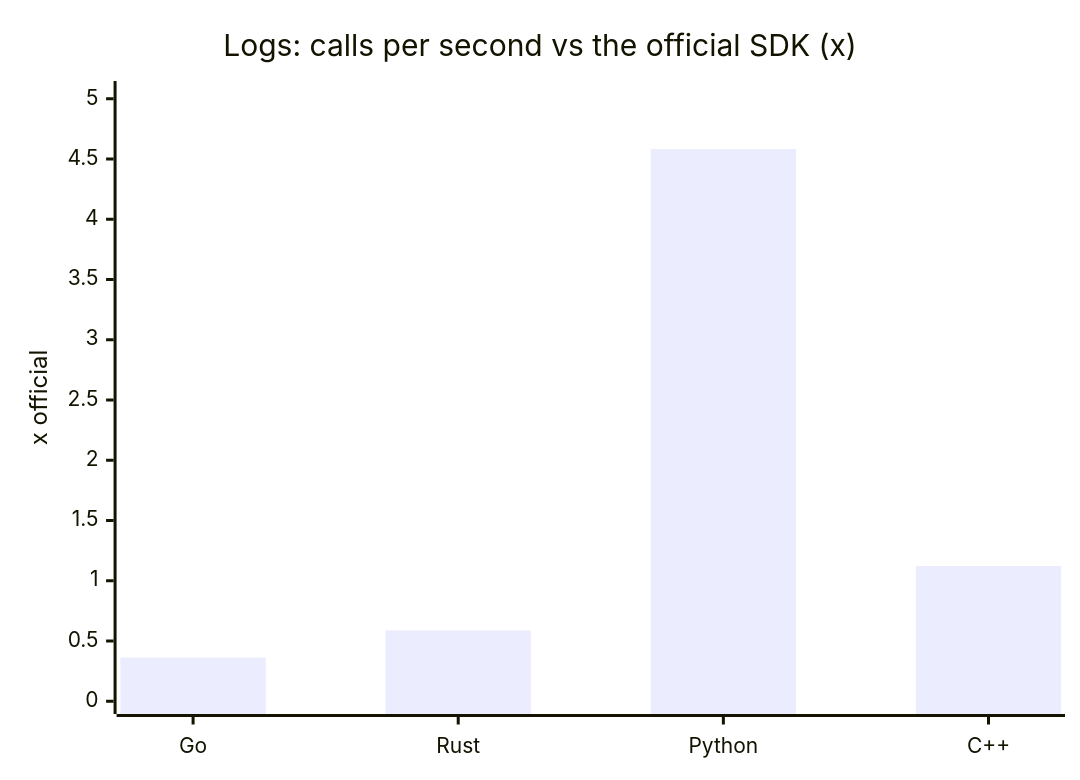
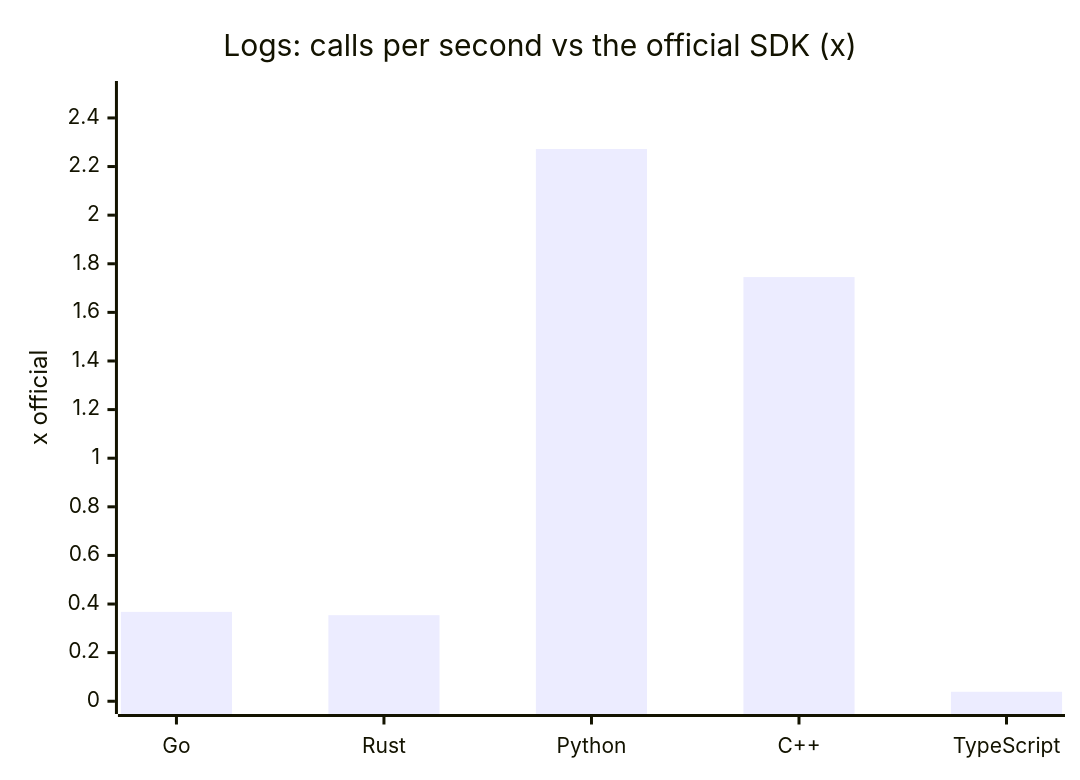
The seventh of 24 diagrams in docs/benchmark.md (the-protobuf-project/telemetry), drawn with Mermaid before and after one commit. The commit also changed other lines of this file and 4 other files, not shown here.

First line of the commit message:
TypeScript SDK benchmarks, and fix lint on main (#12)

````diff
--- a/docs/benchmark.md
+++ b/docs/benchmark.md
@@ -87,7 +87,7 @@
 ```mermaid
 xychart-beta
     title "Logs: calls per second vs the official SDK (x)"
-    x-axis ["Go", "Rust", "Python", "C++"]
-    y-axis "x official" 0 --> 5.04157
-    bar [0.36235, 0.58823, 4.58325, 1.12191]
+    x-axis ["Go", "Rust", "Python", "C++", "TypeScript"]
+    y-axis "x official" 0 --> 2.49953
+    bar [0.367814, 0.354085, 2.2723, 1.74523, 0.038909]
 ```
````
